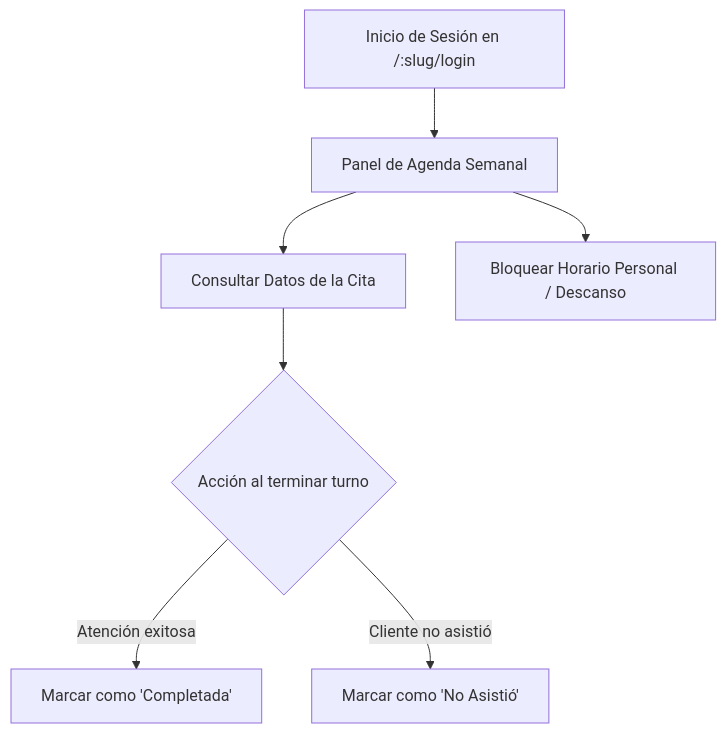
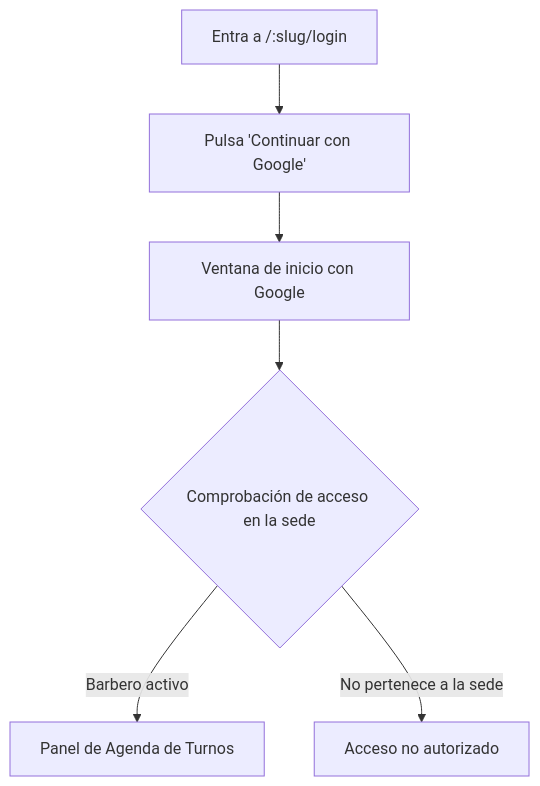
One commit to dfelipe7/Barberia-Backend changed the third of 5 diagrams in docs/MANUAL_DE_USUARIO.md. Above: the diagram before and after it, drawn with Mermaid. The commit also changed other lines of this file, not shown here.

````diff
--- a/docs/MANUAL_DE_USUARIO.md
+++ b/docs/MANUAL_DE_USUARIO.md
@@ -161,9 +253,8 @@
 ```mermaid
 flowchart TD
-    Login[Inicio de Sesión en /:slug/login] --> Agenda[Panel de Agenda Semanal]
-    Agenda --> VerDetalle[Consultar Datos de la Cita]
-    VerDetalle --> Accion{Acción al terminar turno}
-    Accion -->|Atención exitosa| Completar[Marcar como 'Completada']
-    Accion -->|Cliente no asistió| NoShow[Marcar como 'No Asistió']
-    Agenda --> Bloquear[Bloquear Horario Personal / Descanso]
+    Login["Entra a /:slug/login"] --> GoogleBtn["Pulsa 'Continuar con Google'"]
+    GoogleBtn --> GoogleOAuth["Ventana de inicio con Google"]
+    GoogleOAuth --> AuthCheck{"Comprobación de acceso en la sede"}
+    AuthCheck -->|Barbero activo| PanelStaff["Panel de Agenda de Turnos"]
+    AuthCheck -->|No pertenece a la sede| Error403["Acceso no autorizado"]
 ```
````
